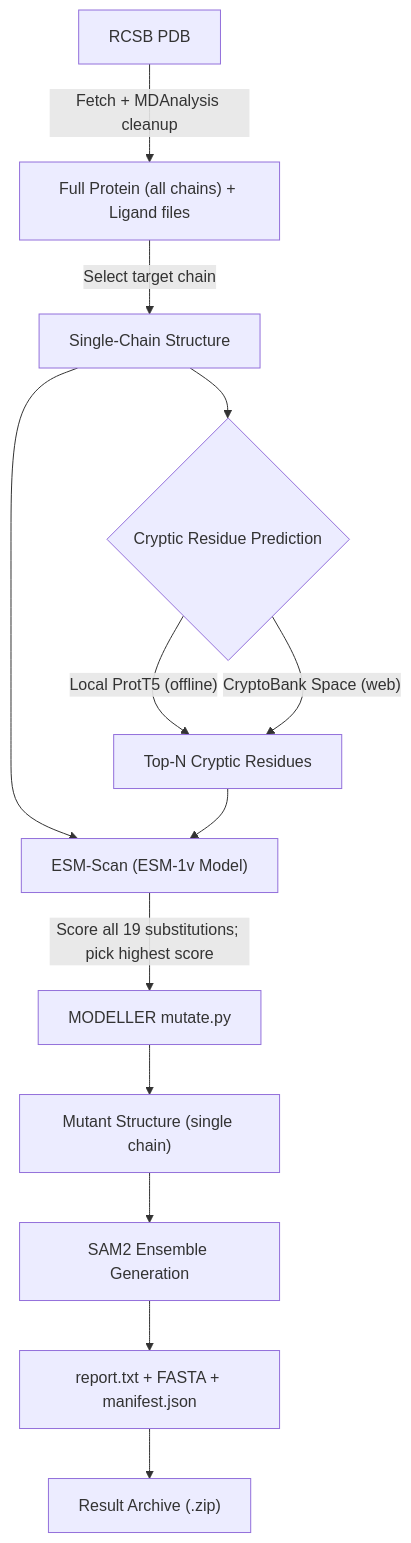
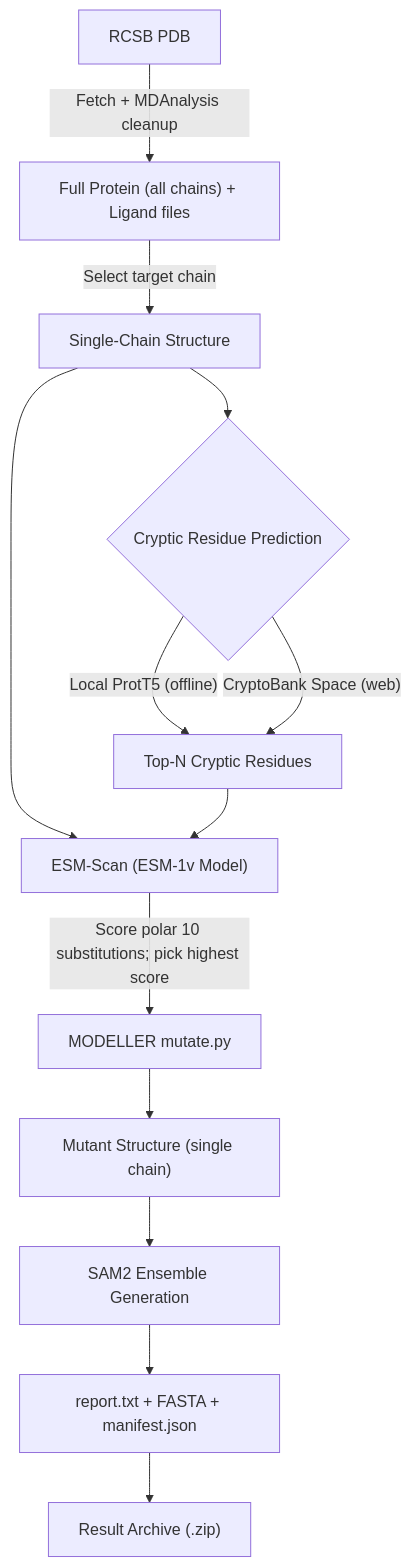
One commit to singhnitink/CryptiScan changed the diagram in README.md. Above: the diagram before and after it, drawn with Mermaid.

Commit message:
Update substitution scoring description in README

````diff
--- a/README.md
+++ b/README.md
@@ -5,20 +5,20 @@
 ```mermaid
 ---
 config:
   layout: dagre
   theme: mc
 ---
 flowchart TB
     A["RCSB PDB"] -- "Fetch + MDAnalysis cleanup" --> B["Full Protein (all chains) + Ligand files"]
     B -- "Select target chain" --> C["Single-Chain Structure"]
     C --> D{"Cryptic Residue Prediction"}
     D -- "Local ProtT5 (offline)" --> E["Top-N Cryptic Residues"]
     D -- "CryptoBank Space (web)" --> E
     C --> F["ESM-Scan (ESM-1v Model)"]
     E --> F
-    F -- "Score all 19 substitutions; pick highest score" --> G["MODELLER mutate.py"]
+    F -- "Score polar 10 substitutions; pick highest score" --> G["MODELLER mutate.py"]
     G --> H["Mutant Structure (single chain)"]
     H --> I["SAM2 Ensemble Generation"]
     I --> J["report.txt + FASTA + manifest.json"]
     J --> K["Result Archive (.zip)"]
 ```
````
